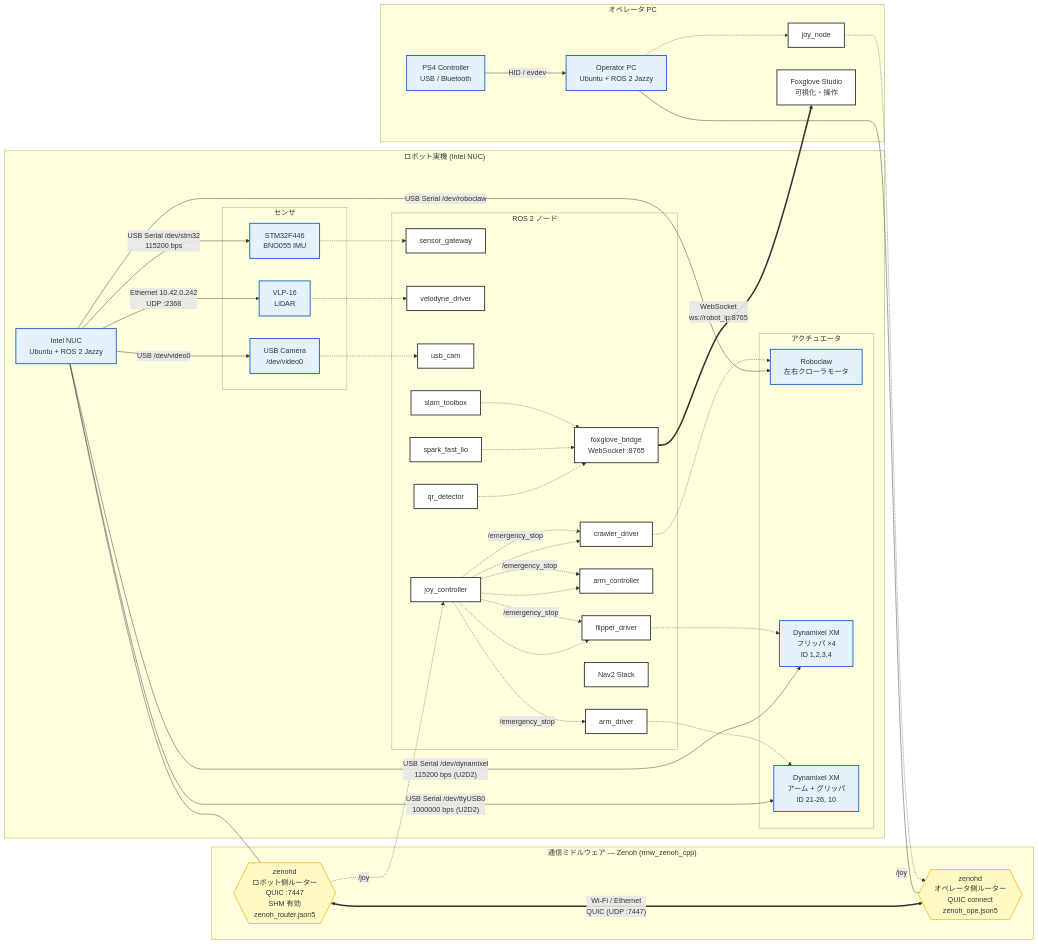
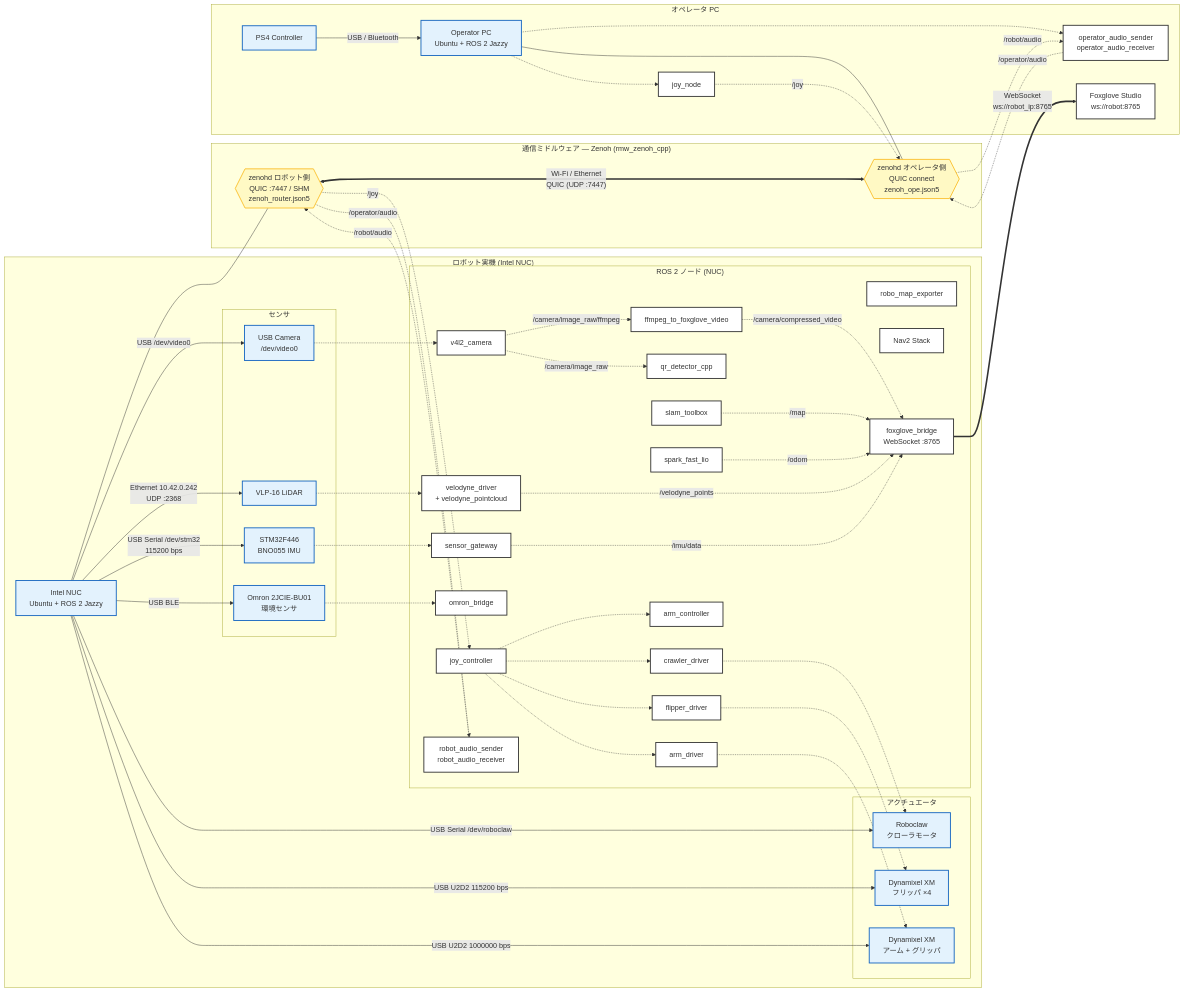
The diagram in main_ws/topology/network_topology.mmd (lazytatzv/rustacean_roborescue), drawn with Mermaid before and after one commit. The commit also changed 48 other files, not shown here.

First line of the commit message:
feat: H264カメラ配信・シミュレーション修正・WebRTC削除・RoboCup認識実装

```diff
--- a/main_ws/topology/network_topology.mmd
+++ b/main_ws/topology/network_topology.mmd
@@ -1,104 +1,117 @@
 graph LR
   %% =============================================
   %% Rustacean RoboRescue — Network & Hardware Topology
   %% =============================================
 
   classDef device fill:#e3f2fd,stroke:#1565c0,stroke-width:2px;
   classDef proto fill:#fff9c4,stroke:#fbc02d,stroke-width:2px;
   classDef ros_node fill:#fff,stroke:#333,stroke-width:2px;
 
   %% =============================================
-  %% ロボット実機
+  %% ロボット実機 (Intel NUC)
   %% =============================================
   subgraph Robot["ロボット実機 (Intel NUC)"]
     NUC[Intel NUC<br/>Ubuntu + ROS 2 Jazzy]:::device
 
     subgraph Sensors["センサ"]
       STM32[STM32F446<br/>BNO055 IMU]:::device
-      VLP16[VLP-16<br/>LiDAR]:::device
+      VLP16[VLP-16 LiDAR]:::device
       USB_CAM[USB Camera<br/>/dev/video0]:::device
+      OMRON[Omron 2JCIE-BU01<br/>環境センサ]:::device
     end
 
     subgraph Actuators["アクチュエータ"]
-      ROBOCLAW[Roboclaw<br/>左右クローラモータ]:::device
-      DXL_F[Dynamixel XM<br/>フリッパ ×4<br/>ID 1,2,3,4]:::device
-      DXL_AG[Dynamixel XM<br/>アーム + グリッパ<br/>ID 21-26, 10]:::device
+      ROBOCLAW[Roboclaw<br/>クローラモータ]:::device
+      DXL_F[Dynamixel XM<br/>フリッパ ×4]:::device
+      DXL_AG[Dynamixel XM<br/>アーム + グリッパ]:::device
     end
 
-    subgraph ROS_Nodes["ROS 2 ノード"]
+    subgraph ROS_Nodes["ROS 2 ノード (NUC)"]
       N_gateway[sensor_gateway]:::ros_node
-      N_vlp[velodyne_driver]:::ros_node
-      N_cam[usb_cam]:::ros_node
+      N_vlp[velodyne_driver<br/>+ velodyne_pointcloud]:::ros_node
+      N_cam[v4l2_camera]:::ros_node
+      N_ffmpeg[ffmpeg_to_foxglove_video]:::ros_node
+      N_qr[qr_detector_cpp]:::ros_node
       N_crawler[crawler_driver]:::ros_node
       N_flipper[flipper_driver]:::ros_node
       N_spark[spark_fast_lio]:::ros_node
       N_slam[slam_toolbox]:::ros_node
       N_arm[arm_controller]:::ros_node
       N_arm_drv[arm_driver]:::ros_node
-      N_qr[qr_detector]:::ros_node
+      N_omron[omron_bridge]:::ros_node
+      N_map_exp[robo_map_exporter]:::ros_node
       N_nav2[Nav2 Stack]:::ros_node
       N_joyctrl[joy_controller]:::ros_node
+      N_audio_robot[robot_audio_sender<br/>robot_audio_receiver]:::ros_node
       N_fgbridge[foxglove_bridge<br/>WebSocket :8765]:::ros_node
     end
 
     NUC -- "USB Serial /dev/stm32<br/>115200 bps" --> STM32
     NUC -- "Ethernet 10.42.0.242<br/>UDP :2368" --> VLP16
     NUC -- "USB /dev/video0" --> USB_CAM
+    NUC -- "USB BLE" --> OMRON
     NUC -- "USB Serial /dev/roboclaw" --> ROBOCLAW
-    NUC -- "USB Serial /dev/dynamixel<br/>115200 bps (U2D2)" --> DXL_F
-    NUC -- "USB Serial /dev/ttyUSB0<br/>1000000 bps (U2D2)" --> DXL_AG
+    NUC -- "USB U2D2 115200 bps" --> DXL_F
+    NUC -- "USB U2D2 1000000 bps" --> DXL_AG
 
     STM32 -.-> N_gateway
     VLP16 -.-> N_vlp
     USB_CAM -.-> N_cam
+    OMRON -.-> N_omron
     N_crawler -.-> ROBOCLAW
     N_flipper -.-> DXL_F
     N_arm_drv -.-> DXL_AG
+
+    N_cam -. "/camera/image_raw/ffmpeg" .-> N_ffmpeg
+    N_cam -. "/camera/image_raw" .-> N_qr
   end
 
   %% =============================================
-  %% ネットワーク (Zenoh / QUIC)
+  %% 通信ミドルウェア — Zenoh (rmw_zenoh_cpp)
   %% =============================================
   subgraph Network["通信ミドルウェア — Zenoh (rmw_zenoh_cpp)"]
-    ZENOH_R{{zenohd<br/>ロボット側ルーター<br/>QUIC :7447<br/>SHM 有効<br/>zenoh_router.json5}}:::proto
-    ZENOH_O{{zenohd<br/>オペレータ側ルーター<br/>QUIC connect<br/>zenoh_ope.json5}}:::proto
+    ZENOH_R{{zenohd ロボット側<br/>QUIC :7447 / SHM<br/>zenoh_router.json5}}:::proto
+    ZENOH_O{{zenohd オペレータ側<br/>QUIC connect<br/>zenoh_ope.json5}}:::proto
     ZENOH_R <== "Wi-Fi / Ethernet<br/>QUIC (UDP :7447)" ==> ZENOH_O
   end
 
   %% =============================================
   %% オペレータ PC
   %% =============================================
   subgraph Operator["オペレータ PC"]
     OPE_PC[Operator PC<br/>Ubuntu + ROS 2 Jazzy]:::device
-    PS4[PS4 Controller<br/>USB / Bluetooth]:::device
+    PS4[PS4 Controller]:::device
     N_joy[joy_node]:::ros_node
-    FOXGLOVE[Foxglove Studio<br/>可視化・操作]:::ros_node
+    N_audio_ope[operator_audio_sender<br/>operator_audio_receiver]:::ros_node
+    FOXGLOVE[Foxglove Studio<br/>ws://robot:8765]:::ros_node
 
-    PS4 -- "HID / evdev" --> OPE_PC
+    PS4 -- "USB / Bluetooth" --> OPE_PC
     OPE_PC -.-> N_joy
+    OPE_PC -.-> N_audio_ope
   end
 
   %% =============================================
-  %% 接続
+  %% Zenoh トピック経路
   %% =============================================
   NUC --- ZENOH_R
   OPE_PC --- ZENOH_O
 
+  N_joy           -. "/joy" .->                     ZENOH_O
+  ZENOH_R         -. "/joy" .->                     N_joyctrl
+  N_joyctrl       -.->                              N_crawler & N_flipper & N_arm & N_arm_drv
+
+  N_audio_ope     -. "/operator/audio" .->          ZENOH_O
+  ZENOH_R         -. "/operator/audio" .->          N_audio_robot
+  N_audio_robot   -. "/robot/audio" .->             ZENOH_R
+  ZENOH_O         -. "/robot/audio" .->             N_audio_ope
+
   %% =============================================
-  %% トピック経路 (Zenoh 経由)
+  %% Foxglove Bridge 経由 (WebSocket)
   %% =============================================
-  N_joy -. "/joy" .-> ZENOH_O
-  ZENOH_R -. "/joy" .-> N_joyctrl
-  N_joyctrl -.-> N_crawler
-  N_joyctrl -.-> N_flipper
-  N_joyctrl -.-> N_arm
-  N_joyctrl -. "/emergency_stop" .-> N_crawler
-  N_joyctrl -. "/emergency_stop" .-> N_flipper
-  N_joyctrl -. "/emergency_stop" .-> N_arm
-  N_joyctrl -. "/emergency_stop" .-> N_arm_drv
+  N_ffmpeg        -. "/camera/compressed_video" .-> N_fgbridge
+  N_slam          -. "/map" .->                     N_fgbridge
+  N_spark         -. "/odom" .->                    N_fgbridge
+  N_vlp           -. "/velodyne_points" .->         N_fgbridge
+  N_gateway       -. "/imu/data" .->                N_fgbridge
 
-  N_qr -.-> N_fgbridge
-  N_spark -.-> N_fgbridge
-  N_slam -.-> N_fgbridge
-
-  N_fgbridge == "WebSocket<br/>ws://robot_ip:8765" ==> FOXGLOVE
+  N_fgbridge      == "WebSocket<br/>ws://robot_ip:8765" ==> FOXGLOVE
```
